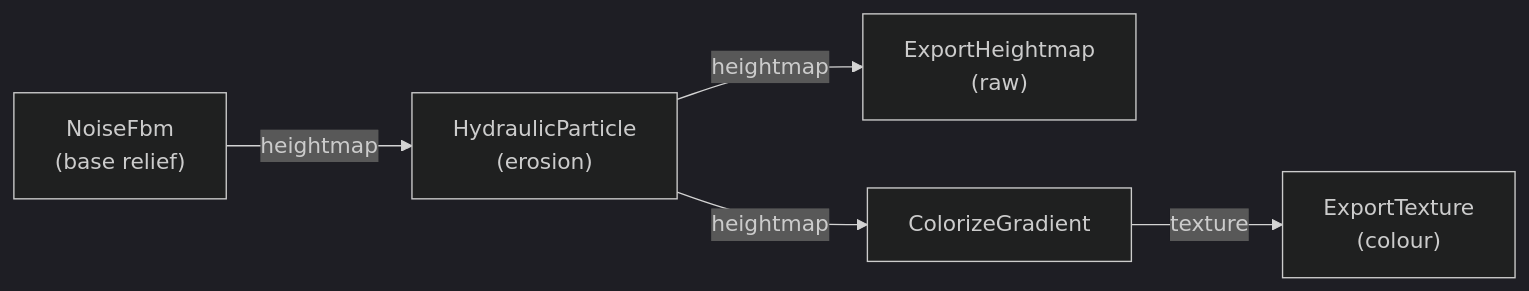
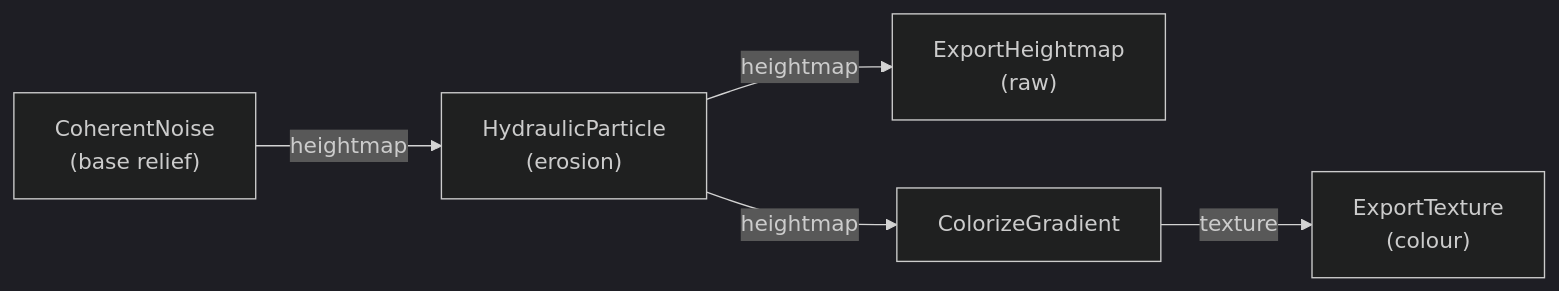
Before and after one commit to ottolink-dev/Hesiod: the diagram in docs/getting_started/index.md, drawn with Mermaid (dark theme). The commit also changed other lines of this file and 6 other files, not shown here.

````diff
--- a/docs/getting_started/index.md
+++ b/docs/getting_started/index.md
@@ -18,7 +20,7 @@
 ```mermaid
 graph LR
-  A["NoiseFbm<br/>(base relief)"] -->|heightmap| B["HydraulicParticle<br/>(erosion)"]
+  A["CoherentNoise<br/>(base relief)"] -->|heightmap| B["HydraulicParticle<br/>(erosion)"]
   B -->|heightmap| C["ExportHeightmap<br/>(raw)"]
   B -->|heightmap| D["ColorizeGradient"]
   D -->|texture| E["ExportTexture<br/>(colour)"]
 ```
````
